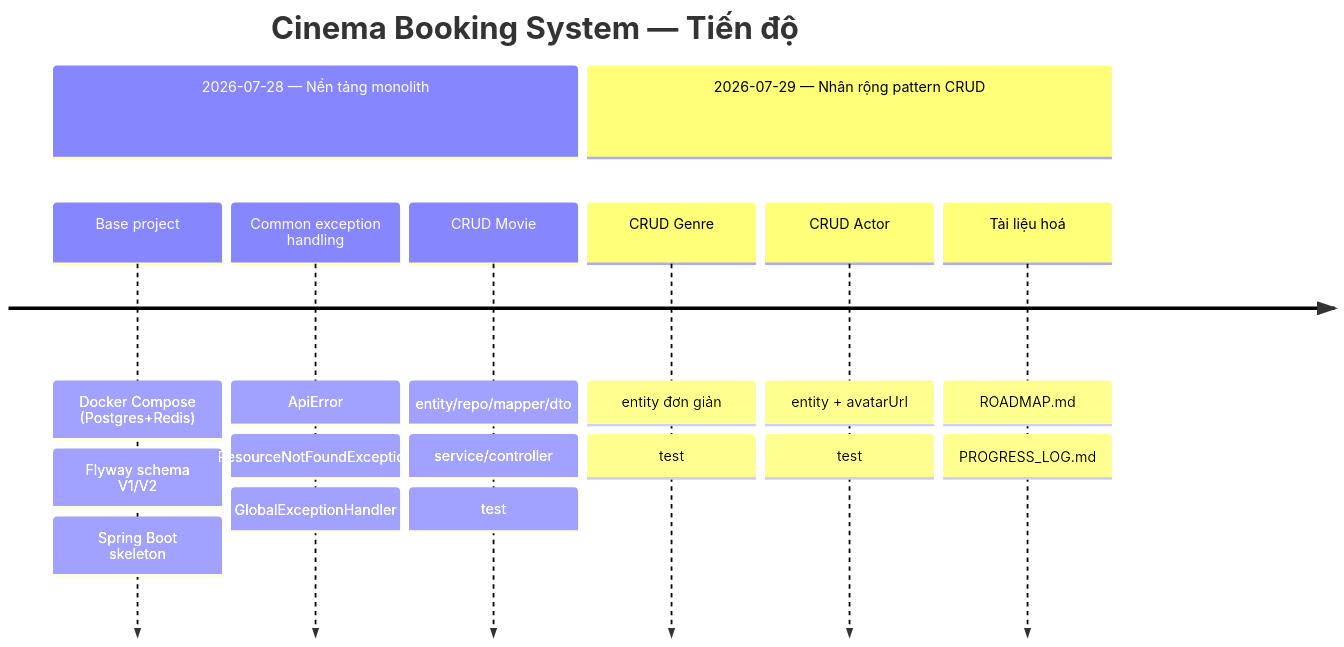
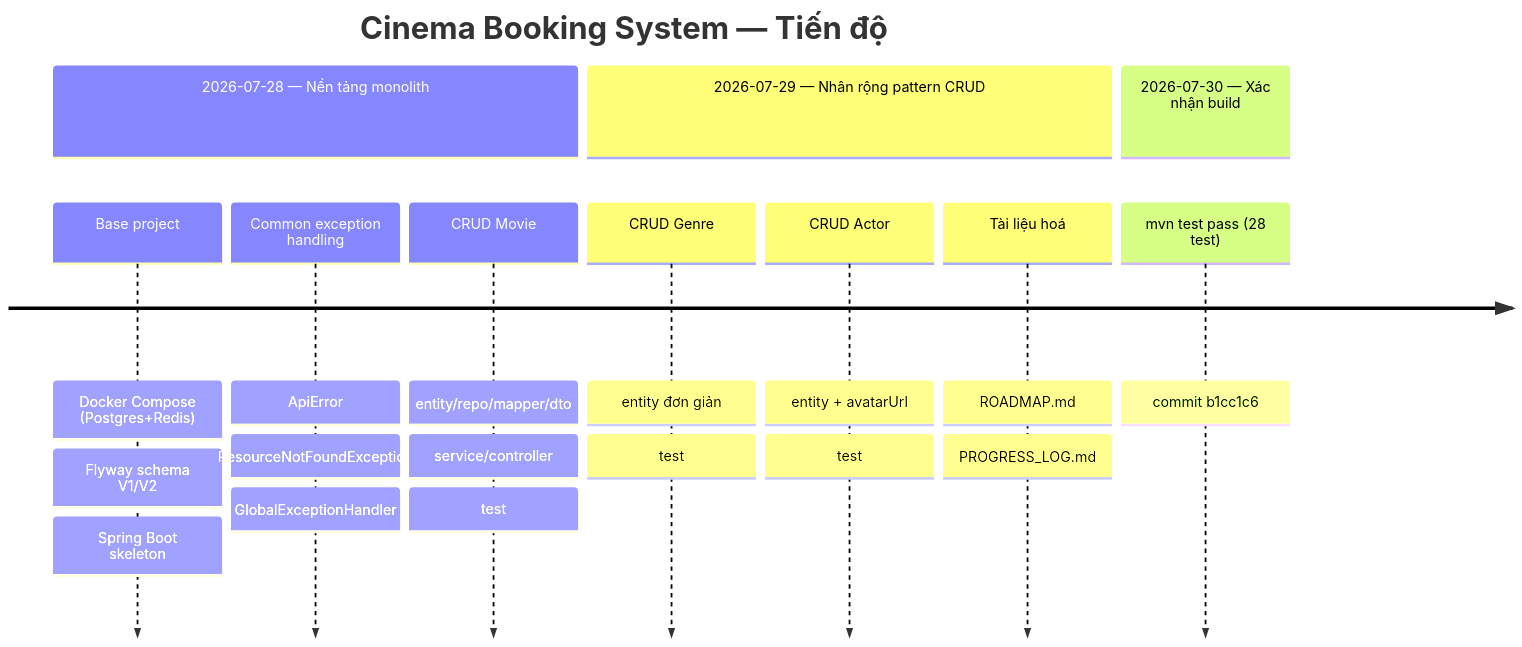
The diagram in docs/PROGRESS_LOG.md (Stromlungdanh/cinema-booking-service), drawn with Mermaid before and after one commit. The commit also changed other lines of this file and 1 other file, not shown here.

First line of the commit message:
Update docs to reflect verified build and commit b1cc1c6

````diff
--- a/docs/PROGRESS_LOG.md
+++ b/docs/PROGRESS_LOG.md
@@ -15,12 +15,14 @@
 ```mermaid
 timeline
     title Cinema Booking System — Tiến độ
     section 2026-07-28 — Nền tảng monolith
         Base project : Docker Compose (Postgres+Redis) : Flyway schema V1/V2 : Spring Boot skeleton
         Common exception handling : ApiError : ResourceNotFoundException : GlobalExceptionHandler
         CRUD Movie : entity/repo/mapper/dto : service/controller : test
     section 2026-07-29 — Nhân rộng pattern CRUD
         CRUD Genre : entity đơn giản : test
         CRUD Actor : entity + avatarUrl : test
         Tài liệu hoá : ROADMAP.md : PROGRESS_LOG.md
+    section 2026-07-30 — Xác nhận build
+        mvn test pass (28 test) : commit b1cc1c6
 ```
````
